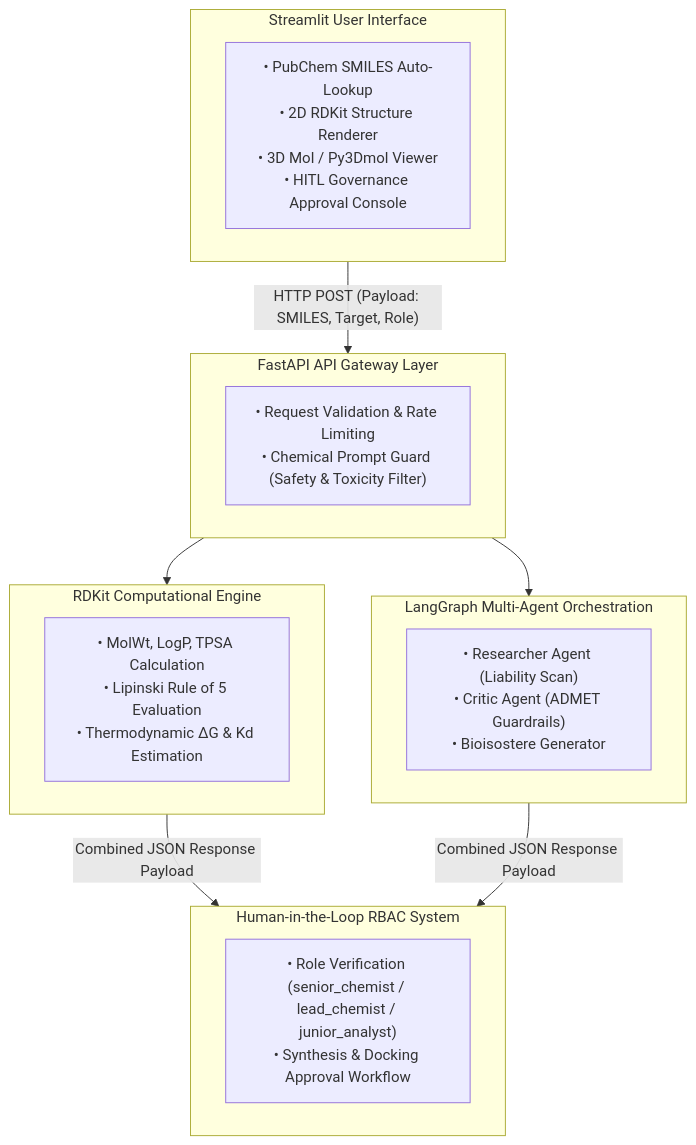
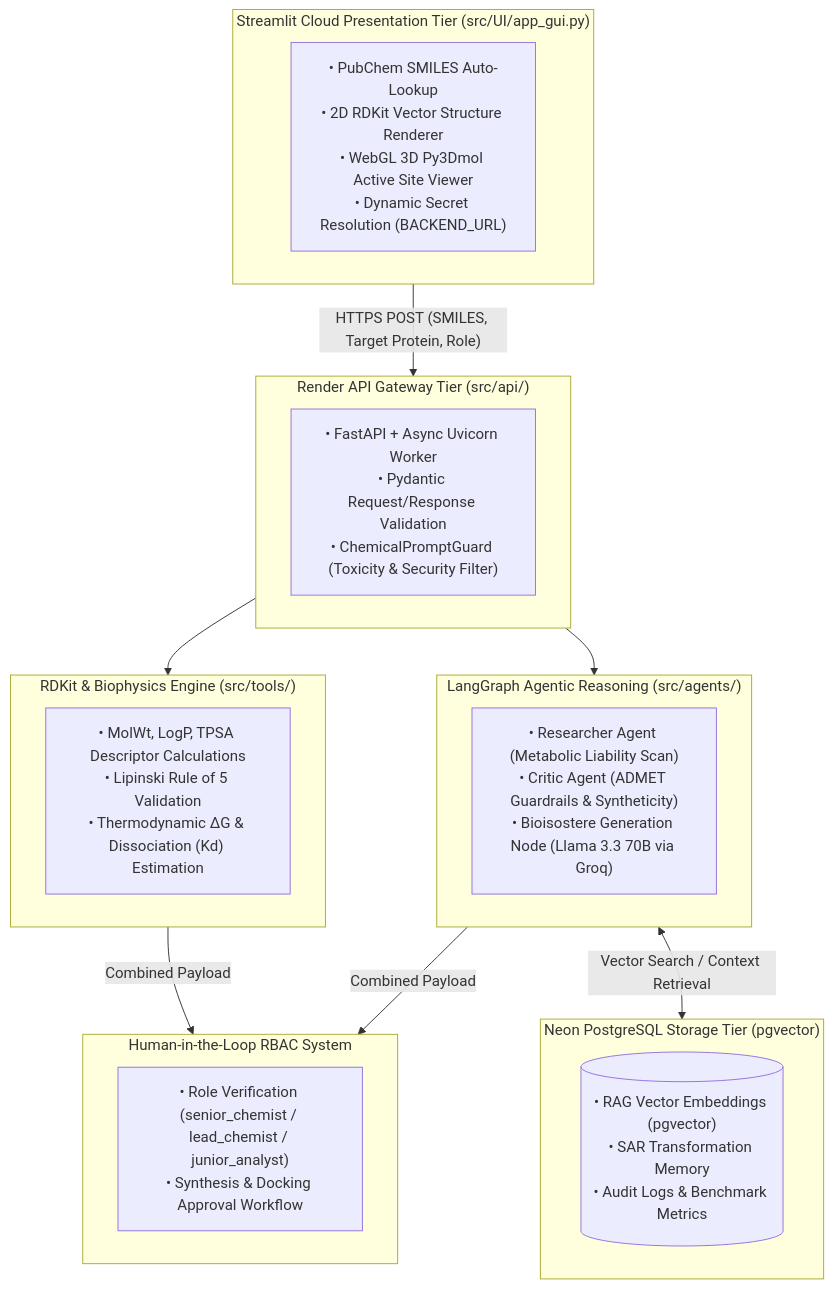
The diagram in README.md (akkamble90/LeadOpt-AI), drawn with Mermaid before and after one commit. The commit also changed other lines of this file, not shown here.

````diff
--- a/README.md
+++ b/README.md
@@ -25,28 +25,33 @@
 ```mermaid
 graph TD
-    subgraph UI_Layer[" Streamlit User Interface"]
-        UI["• PubChem SMILES Auto-Lookup<br/>• 2D RDKit Structure Renderer<br/>• 3D Mol / Py3Dmol Viewer<br/>• HITL Governance Approval Console"]
+    subgraph UI_Layer[" Streamlit Cloud Presentation Tier (src/UI/app_gui.py)"]
+        UI["• PubChem SMILES Auto-Lookup<br/>• 2D RDKit Vector Structure Renderer<br/>• WebGL 3D Py3Dmol Active Site Viewer<br/>• Dynamic Secret Resolution (BACKEND_URL)"]
     end
 
-    subgraph API_Layer[" FastAPI API Gateway Layer"]
-        API["• Request Validation & Rate Limiting<br/>• Chemical Prompt Guard (Safety & Toxicity Filter)"]
+    subgraph API_Layer[" Render API Gateway Tier (src/api/)"]
+        API["• FastAPI + Async Uvicorn Worker<br/>• Pydantic Request/Response Validation<br/>• ChemicalPromptGuard (Toxicity & Security Filter)"]
     end
 
-    subgraph Comp_Engine[" RDKit Computational Engine"]
-        RDKit["• MolWt, LogP, TPSA Calculation<br/>• Lipinski Rule of 5 Evaluation<br/>• Thermodynamic ΔG & Kd Estimation"]
+    subgraph Comp_Engine[" RDKit & Biophysics Engine (src/tools/)"]
+        RDKit["• MolWt, LogP, TPSA Descriptor Calculations<br/>• Lipinski Rule of 5 Validation<br/>• Thermodynamic ΔG & Dissociation (Kd) Estimation"]
     end
 
-    subgraph Agent_Orch[" LangGraph Multi-Agent Orchestration"]
-        Graph["• Researcher Agent (Liability Scan)<br/>• Critic Agent (ADMET Guardrails)<br/>• Bioisostere Generator"]
+    subgraph Agent_Orch[" LangGraph Agentic Reasoning (src/agents/)"]
+        Graph["• Researcher Agent (Metabolic Liability Scan)<br/>• Critic Agent (ADMET Guardrails & Syntheticity)<br/>• Bioisostere Generation Node (Llama 3.3 70B via Groq)"]
+    end
+
+    subgraph DB_Layer[" Neon PostgreSQL Storage Tier (pgvector)"]
+        DB[("• RAG Vector Embeddings (pgvector)<br/>• SAR Transformation Memory<br/>• Audit Logs & Benchmark Metrics")]
     end
 
     subgraph Governance[" Human-in-the-Loop RBAC System"]
         HITL["• Role Verification (senior_chemist / lead_chemist / junior_analyst)<br/>• Synthesis & Docking Approval Workflow"]
     end
 
-    UI_Layer -->|"HTTP POST (Payload: SMILES, Target, Role)"| API_Layer
+    UI_Layer -->|"HTTPS POST (SMILES, Target Protein, Role)"| API_Layer
     API_Layer --> Comp_Engine
     API_Layer --> Agent_Orch
-    Comp_Engine -->|"Combined JSON Response Payload"| Governance
-    Agent_Orch -->|"Combined JSON Response Payload"| Governance
+    Agent_Orch <-->|"Vector Search / Context Retrieval"| DB_Layer
+    Comp_Engine -->|"Combined Payload"| Governance
+    Agent_Orch -->|"Combined Payload"| Governance
 ```
````
